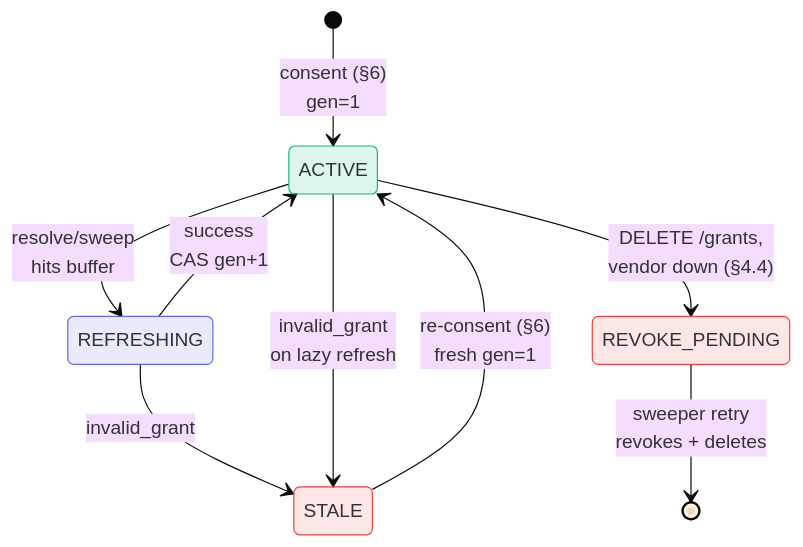
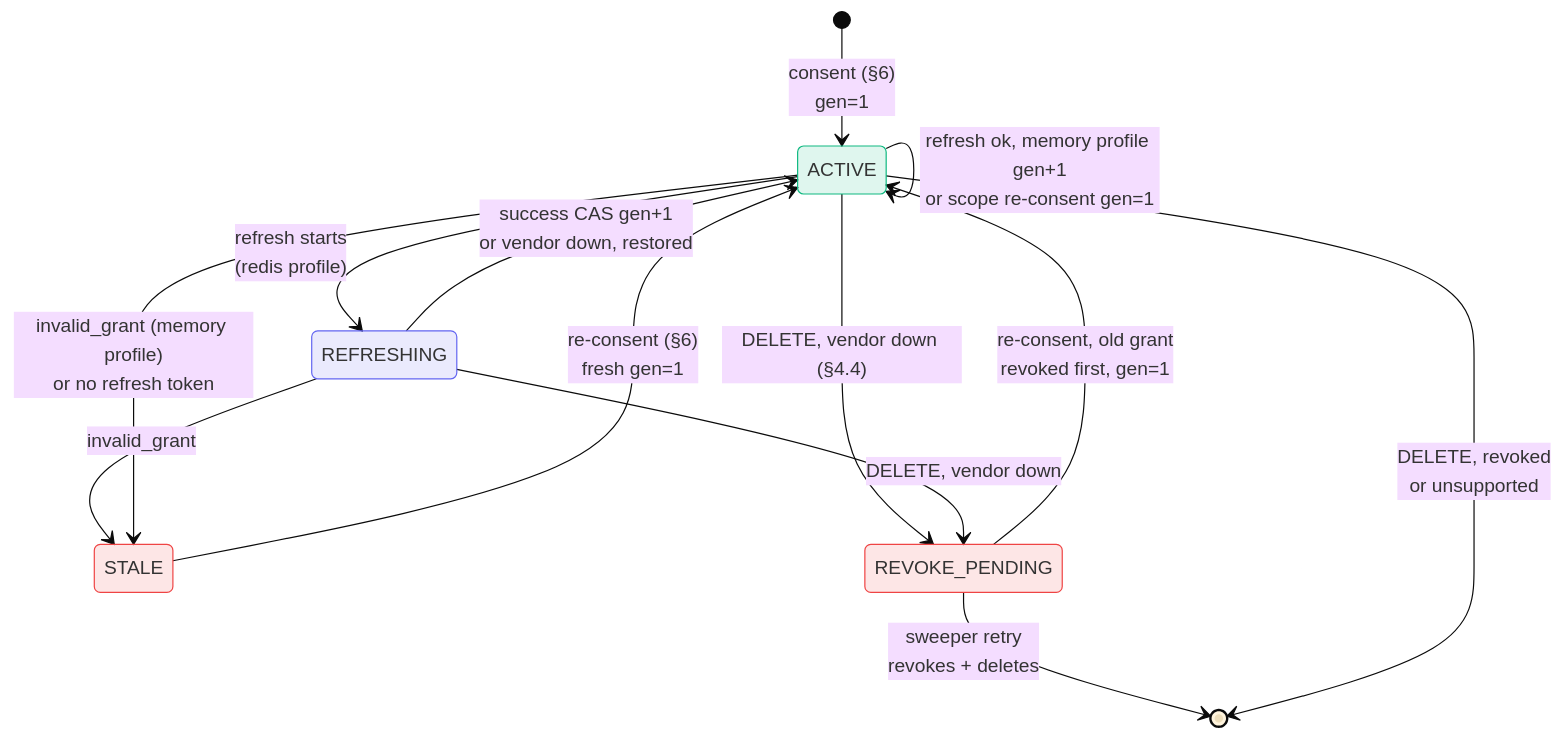
The second of 4 diagrams in docs/design.md (chief-builder/vendor-token-broker), drawn with Mermaid (base theme) before and after one commit. The commit also changed other lines of this file and 26 other files, not shown here.

````diff
--- a/docs/design.md
+++ b/docs/design.md
@@ -367,19 +597,23 @@
 ```mermaid
 stateDiagram-v2
     classDef live fill:#10b98122,stroke:#10b981
     classDef transient fill:#6366f122,stroke:#6366f1
     classDef dead fill:#ef444422,stroke:#ef4444
 
     [*] --> ACTIVE : consent (§6)<br/>gen=1
-    ACTIVE --> REFRESHING : resolve/sweep<br/>hits buffer
-    REFRESHING --> ACTIVE : success<br/>CAS gen+1
+    ACTIVE --> ACTIVE : refresh ok, memory profile gen+1<br/>or scope re-consent gen=1
+    ACTIVE --> REFRESHING : refresh starts<br/>(redis profile)
+    REFRESHING --> ACTIVE : success CAS gen+1<br/>or vendor down, restored
     REFRESHING --> STALE : invalid_grant
-    ACTIVE --> STALE : invalid_grant<br/>on lazy refresh
+    ACTIVE --> STALE : invalid_grant (memory profile)<br/>or no refresh token
     STALE --> ACTIVE : re-consent (§6)<br/>fresh gen=1
-    ACTIVE --> REVOKE_PENDING : DELETE /grants,<br/>vendor down (§4.4)
+    ACTIVE --> REVOKE_PENDING : DELETE, vendor down (§4.4)
+    REFRESHING --> REVOKE_PENDING : DELETE, vendor down
+    REVOKE_PENDING --> ACTIVE : re-consent, old grant<br/>revoked first, gen=1
     REVOKE_PENDING --> [*] : sweeper retry<br/>revokes + deletes
+    ACTIVE --> [*] : DELETE, revoked<br/>or unsupported
 
     class ACTIVE live
     class REFRESHING transient
     class STALE,REVOKE_PENDING dead
 ```
````
